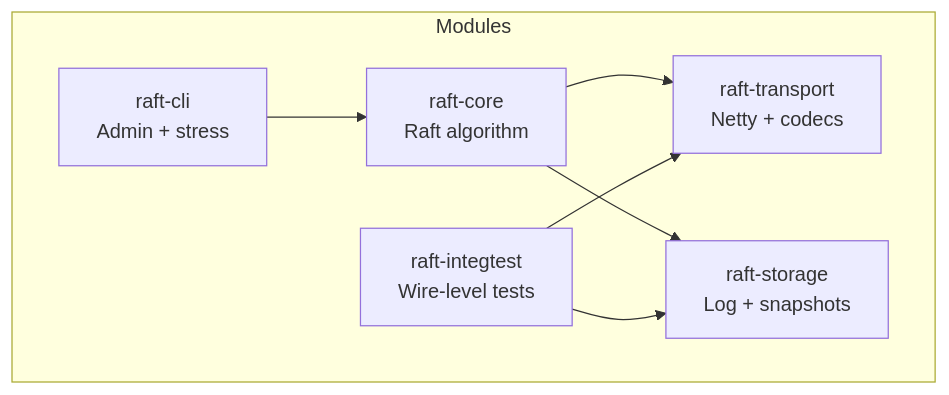
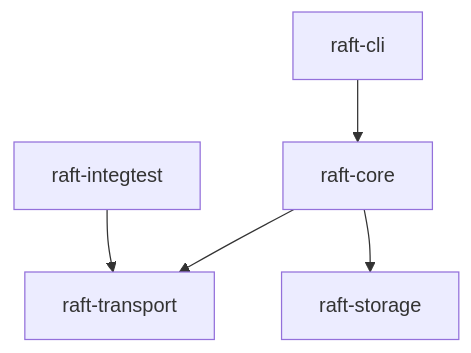
One commit to pdj555/raft-consensus changed the first of 2 diagrams in README.md. Above: the diagram before and after it, drawn with Mermaid. The commit also changed other lines of this file, not shown here.

````diff
--- a/README.md
+++ b/README.md
@@ -7,16 +5,7 @@
 ```mermaid
 flowchart TB
-  subgraph Modules
-    CORE[raft-core<br/>Raft algorithm]
-    TRANS[raft-transport<br/>Netty + codecs]
-    STORE[raft-storage<br/>Log + snapshots]
-    CLI[raft-cli<br/>Admin + stress]
-    INT[raft-integtest<br/>Wire-level tests]
-  end
-
-  CORE --> TRANS
-  CORE --> STORE
-  CLI --> CORE
-  INT --> TRANS
-  INT --> STORE
+  CORE[raft-core] --> TRANS[raft-transport]
+  CORE --> STORE[raft-storage]
+  CLI[raft-cli] --> CORE
+  INT[raft-integtest] --> TRANS
 ```
````
